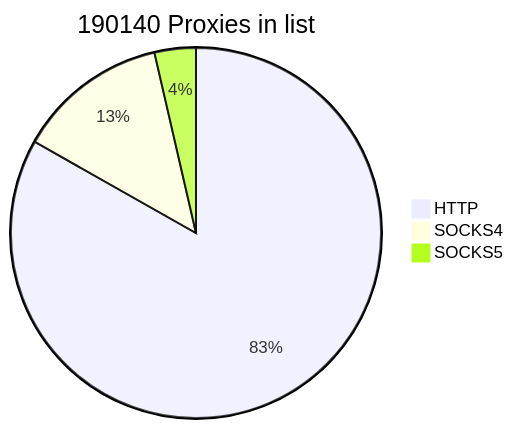
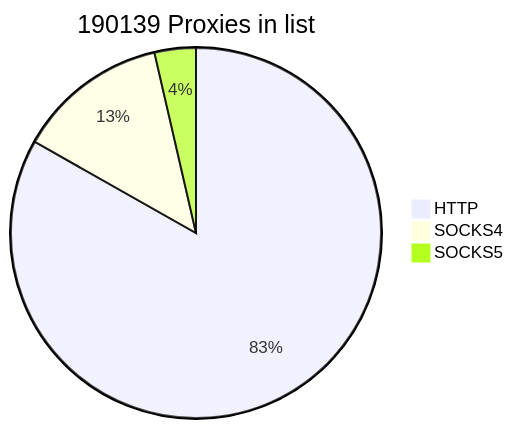
The first of 2 diagrams in README.md (cutipu/proxylist), drawn with Mermaid before and after one commit. The commit also changed other lines of this file, not shown here.

````diff
--- a/README.md
+++ b/README.md
@@ -2,7 +2,7 @@
 ```mermaid
-pie title 190140 Proxies in list
+pie title 190139 Proxies in list
     "HTTP" : 158172
-    "SOCKS4" : 25111
+    "SOCKS4" : 25110
     "SOCKS5" : 6857
             
 ```
````
